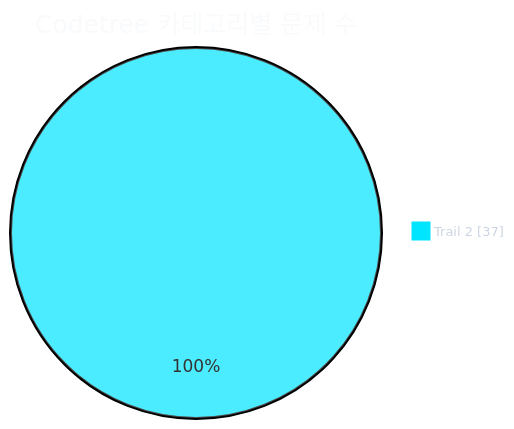
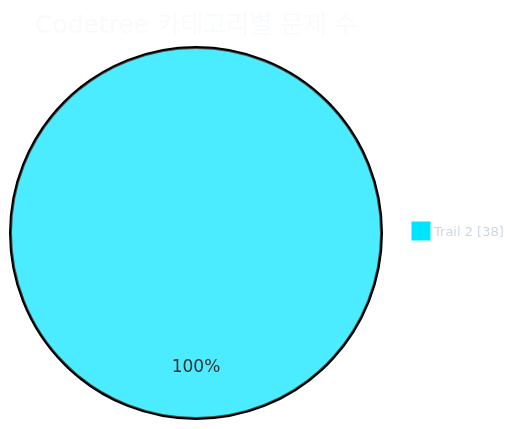
One commit to CHOOSLA/Algorithm changed the first of 2 diagrams in readme.md. Above: the diagram before and after it, drawn with Mermaid. The commit also changed other lines of this file and 2 other files, not shown here.

````diff
--- a/readme.md
+++ b/readme.md
@@ -31,21 +31,21 @@
 ```mermaid
 ---
 config:
   theme: base
   themeVariables:
     background: '#0d1117'
     pieTitleTextColor: '#f8fafc'
     pieLegendTextColor: '#cbd5e1'
     pieLegendTextSize: '13px'
     pie1: '#00e5ff'
     pie2: '#22c55e'
     pie3: '#f59e0b'
     pie4: '#a855f7'
     pie5: '#ec4899'
     pie6: '#3b82f6'
     pie7: '#64748b'
 ---
 pie showData
   title Codetree 카테고리별 문제 수
-  "Trail 2" : 37
+  "Trail 2" : 38
 ```
````
